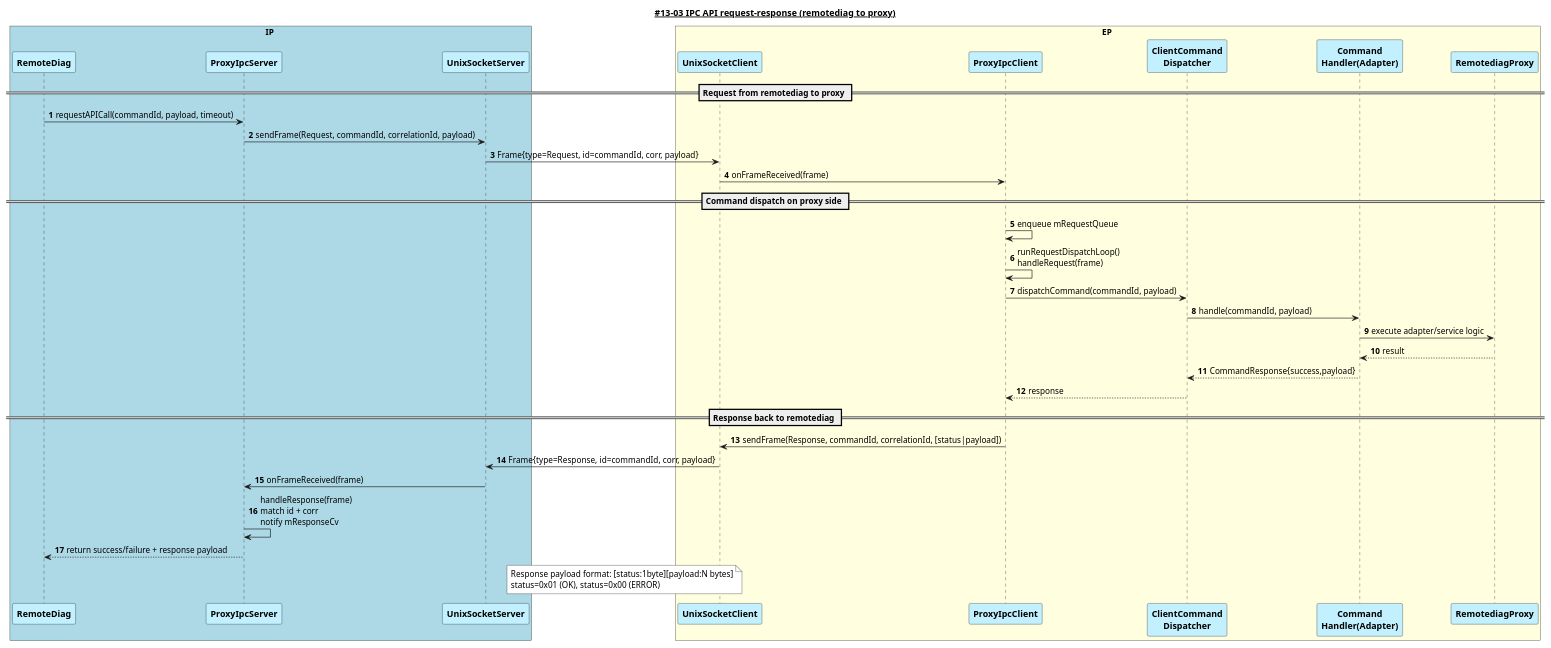
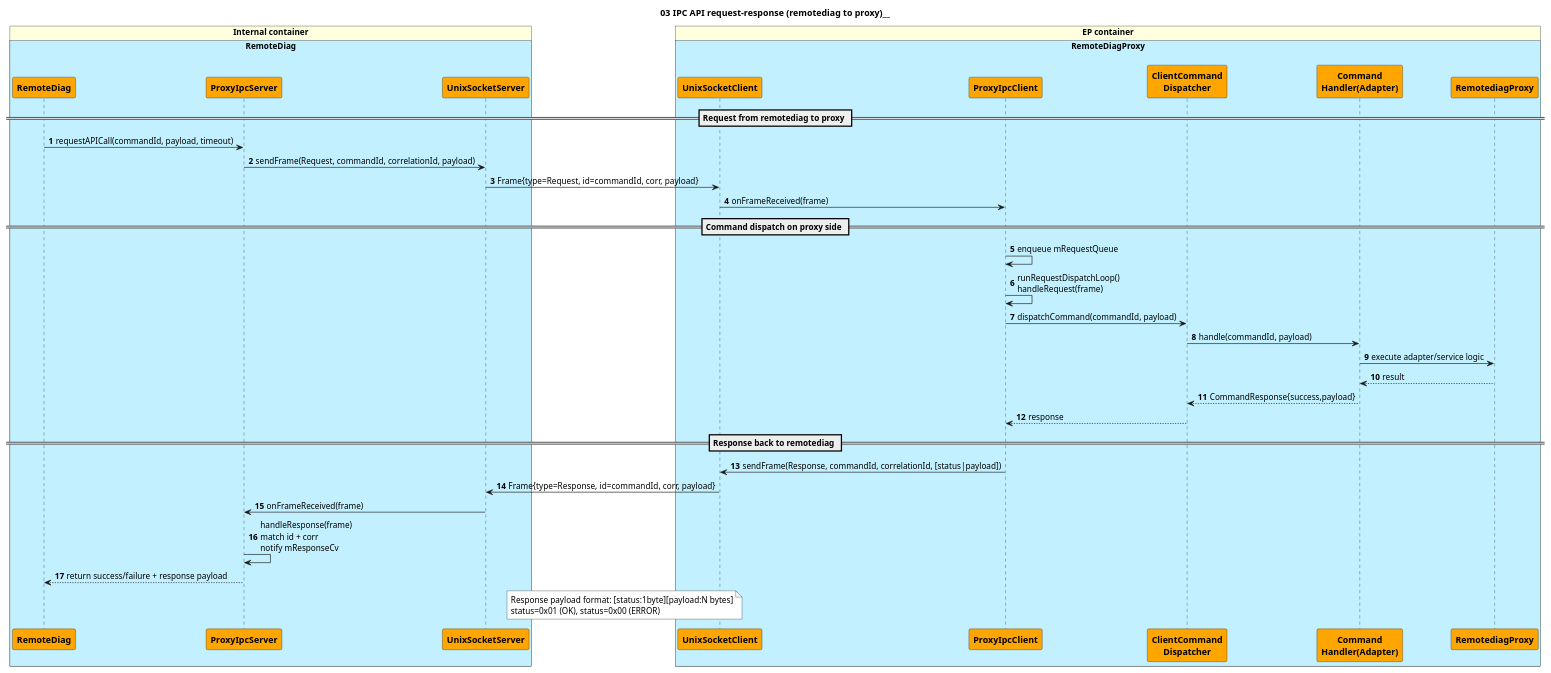
Before and after one commit to btqt/fe: the diagram in design/fe_code/13-03 IPC API request-response (remotediag to proxy).puml, drawn with PlantUML. The commit also changed 9 other files, not shown here.

```diff
--- a/design/fe_code/13-03 IPC API request-response (remotediag to proxy).puml
+++ b/design/fe_code/13-03 IPC API request-response (remotediag to proxy).puml
@@ -1,50 +1,54 @@
-@startuml __#13-03 IPC API request-response (remotediag to proxy)__
+@startuml IPC API request-response (remotediag to proxy)__
 
-title __#13-03 IPC API request-response (remotediag to proxy)__
+title 03 IPC API request-response (remotediag to proxy)__
 !pragma teoz true
 
 autonumber
 
-box IP #lightBlue
-    participant "<b>RemoteDiag" as RDG #Application
-    participant "<b>ProxyIpcServer" as SRV #Application
-    participant "<b>UnixSocketServer" as USS #Application
-endbox
+box "Internal container" #lightYellow
+    box "RemoteDiag\n" #Application
+        participant "<b>RemoteDiag" as RDG #Orange
+        participant "<b>ProxyIpcServer" as SRV #Orange
+        participant "<b>UnixSocketServer" as USS #Orange
+    end box
+end box
 
-box EP #lightYellow
-    participant "<b>UnixSocketClient" as USC #Application
-    participant "<b>ProxyIpcClient" as CLI #Application
-    participant "<b>ClientCommand\n<b>Dispatcher" as CLI_DISP #Application
-    participant "<b>Command\n<b>Handler(Adapter)" as CLI_CMD_HDL #Application
-    participant "<b>RemotediagProxy" as PROXY #Application
-endbox
+box "EP container" #lightYellow
+    box "RemoteDiagProxy\n" #Application
+        participant "<b>UnixSocketClient" as USC #Orange
+        participant "<b>ProxyIpcClient" as CLI #Orange
+        participant "<b>ClientCommand\n<b>Dispatcher" as CLI_DISP #Orange
+        participant "<b>Command\n<b>Handler(Adapter)" as CLI_CMD_HDL #Orange
+        participant "<b>RemotediagProxy" as PROXY #Orange
+    end box
+end box
 
 == Request from remotediag to proxy ==
 RDG->SRV: requestAPICall(commandId, payload, timeout)
 SRV->USS: sendFrame(Request, commandId, correlationId, payload)
 USS->USC: Frame{type=Request, id=commandId, corr, payload}
 USC->CLI: onFrameReceived(frame)
 
 == Command dispatch on proxy side ==
 CLI->CLI: enqueue mRequestQueue
 CLI->CLI: runRequestDispatchLoop()\nhandleRequest(frame)
 CLI->CLI_DISP: dispatchCommand(commandId, payload)
 CLI_DISP->CLI_CMD_HDL: handle(commandId, payload)
 CLI_CMD_HDL->PROXY: execute adapter/service logic
 PROXY-->CLI_CMD_HDL: result
 CLI_CMD_HDL-->CLI_DISP: CommandResponse{success,payload}
 CLI_DISP-->CLI: response
 
 == Response back to remotediag ==
 CLI->USC: sendFrame(Response, commandId, correlationId, [status|payload])
 USC->USS: Frame{type=Response, id=commandId, corr, payload}
 USS->SRV: onFrameReceived(frame)
 SRV->SRV: handleResponse(frame)\nmatch id + corr\nnotify mResponseCv
 SRV-->RDG: return success/failure + response payload
 
 note over CLI,SRV #White
 Response payload format: [status:1byte][payload:N bytes]
 status=0x01 (OK), status=0x00 (ERROR)
 end note
 
 @enduml
```
